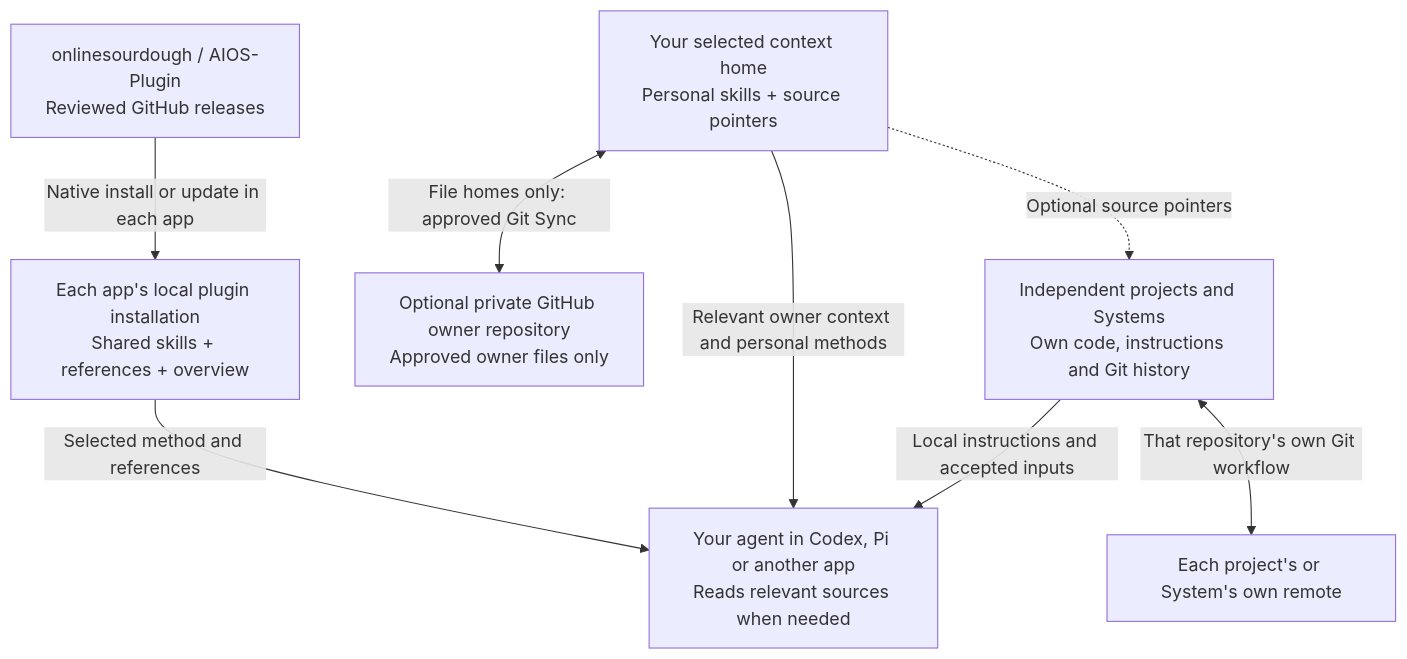
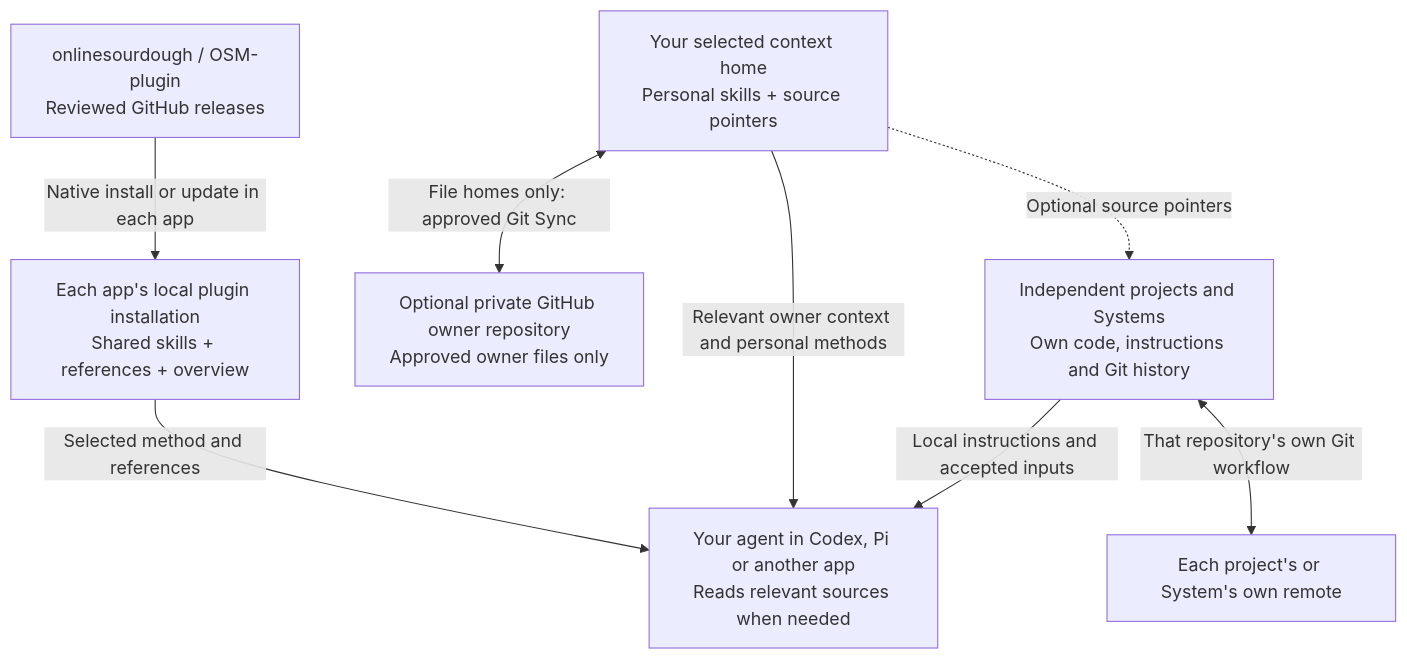
One commit to onlinesourdough/AIOS-plugin changed the diagram in README.md. Above: the diagram before and after it, drawn with Mermaid. The commit also changed other lines of this file and 271 other files, not shown here.

First line of the commit message:
Rename the package to The Onlinesourdough Method (osm 0.30.0)

````diff
--- a/README.md
+++ b/README.md
@@ -353,17 +353,17 @@
 ```mermaid
 flowchart TB
-    upstream["onlinesourdough / AIOS-Plugin<br/>Reviewed GitHub releases"]
+    upstream["onlinesourdough / OSM-plugin<br/>Reviewed GitHub releases"]
     installed["Each app's local plugin installation<br/>Shared skills + references + overview"]
     agent["Your agent in Codex, Pi or another app<br/>Reads relevant sources when needed"]
     personal["Your selected context home<br/>Personal skills + source pointers"]
     backup["Optional private GitHub owner repository<br/>Approved owner files only"]
     project["Independent projects and Systems<br/>Own code, instructions and Git history"]
     projectremote["Each project's or System's own remote"]
     upstream -->|"Native install or update in each app"| installed
     installed -->|"Selected method and references"| agent
     personal -->|"Relevant owner context and personal methods"| agent
     personal <-->|"File homes only: approved Git Sync"| backup
     personal -.->|"Optional source pointers"| project
     project -->|"Local instructions and accepted inputs"| agent
     project <-->|"That repository's own Git workflow"| projectremote
 ```
````
